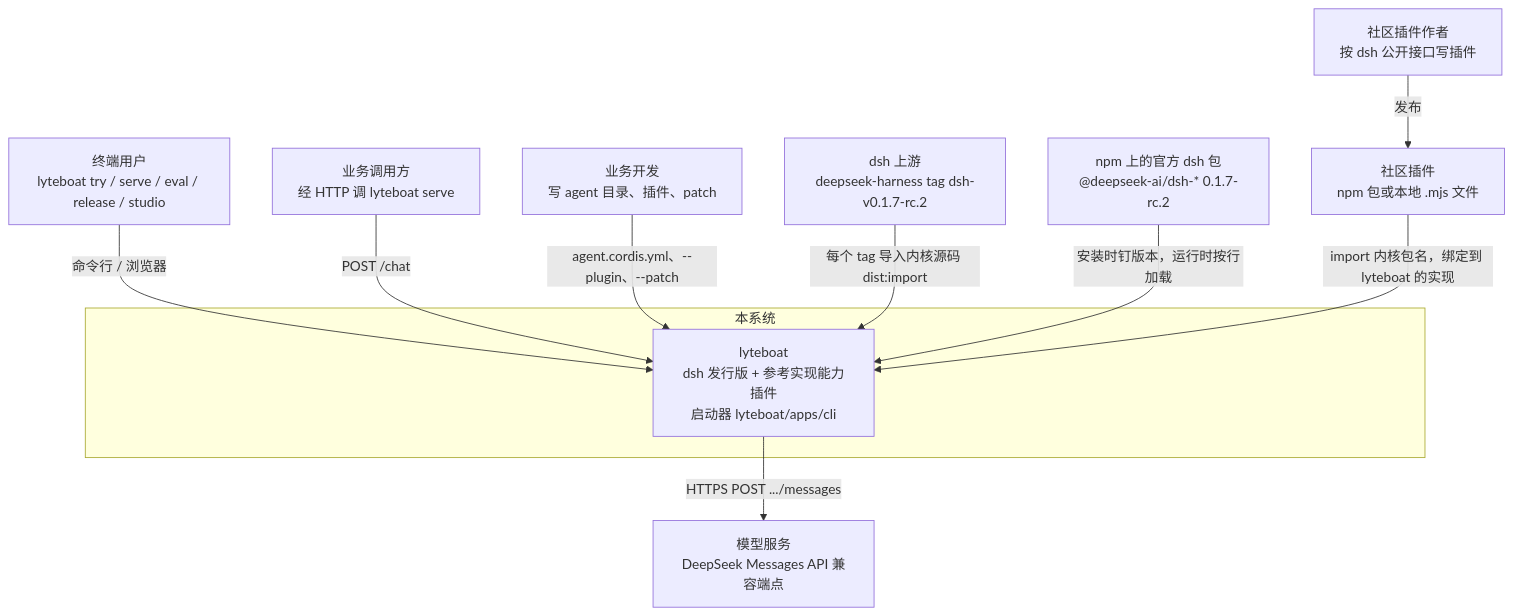
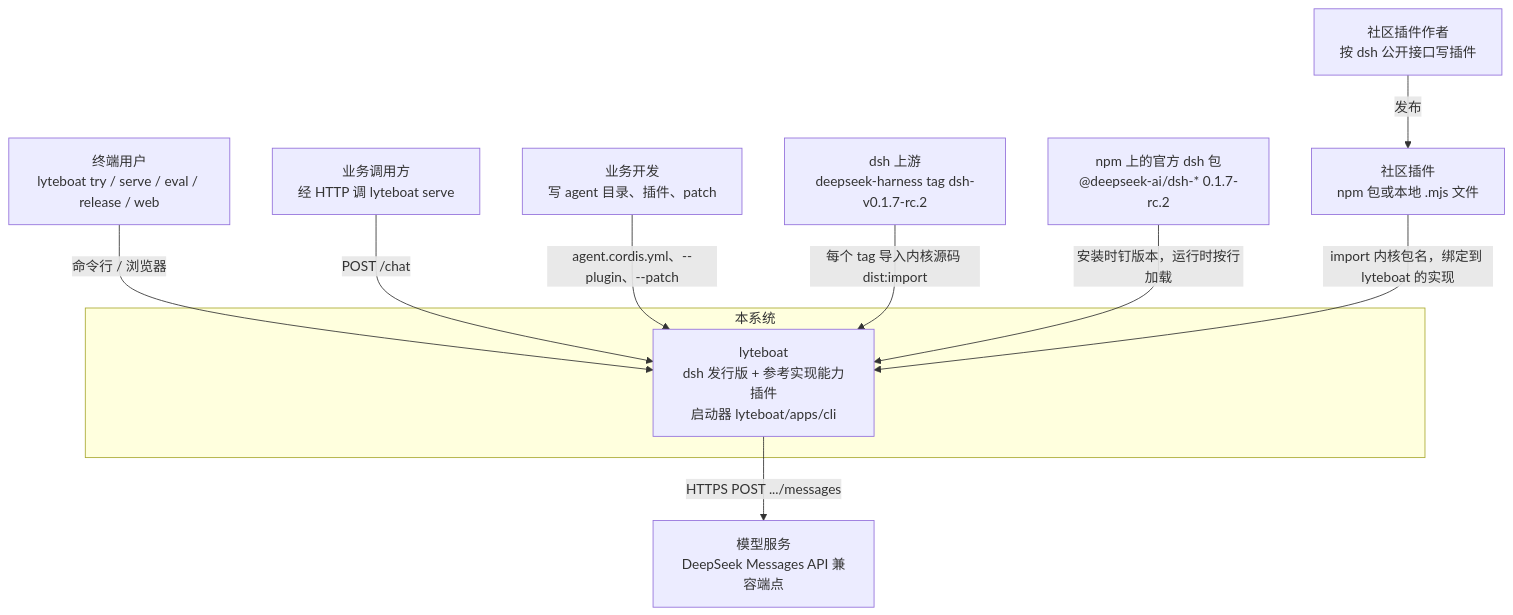
The first of 11 diagrams in docs/01-architecture.md (lyteboat/boat), drawn with Mermaid before and after one commit. The commit also changed other lines of this file and 7 other files, not shown here.

First line of the commit message:
docs: lyteboat web — rename the dsh-web mode in the docs

````diff
--- a/docs/01-architecture.md
+++ b/docs/01-architecture.md
@@ -72,22 +72,22 @@
 ```mermaid
 flowchart TB
-  user["终端用户<br/>lyteboat try / serve / eval / release / studio"]
+  user["终端用户<br/>lyteboat try / serve / eval / release / web"]
   caller["业务调用方<br/>经 HTTP 调 lyteboat serve"]
   dev["业务开发<br/>写 agent 目录、插件、patch"]
   author["社区插件作者<br/>按 dsh 公开接口写插件"]
   subgraph SYS["本系统"]
     lyteboat["lyteboat<br/>dsh 发行版 + 参考实现能力插件<br/>启动器 lyteboat/apps/cli"]
   end
   upstream["dsh 上游<br/>deepseek-harness tag dsh-v0.1.7-rc.2"]
   npm["npm 上的官方 dsh 包<br/>@deepseek-ai/dsh-* 0.1.7-rc.2"]
   cplug["社区插件<br/>npm 包或本地 .mjs 文件"]
   model["模型服务<br/>DeepSeek Messages API 兼容端点"]
   user -->|"命令行 / 浏览器"| lyteboat
   caller -->|"POST /chat"| lyteboat
   dev -->|"agent.cordis.yml、--plugin、--patch"| lyteboat
   upstream -->|"每个 tag 导入内核源码 dist:import"| lyteboat
   npm -->|"安装时钉版本，运行时按行加载"| lyteboat
   author -->|"发布"| cplug
   cplug -->|"import 内核包名，绑定到 lyteboat 的实现"| lyteboat
   lyteboat -->|"HTTPS POST .../messages"| model
 ```
````
